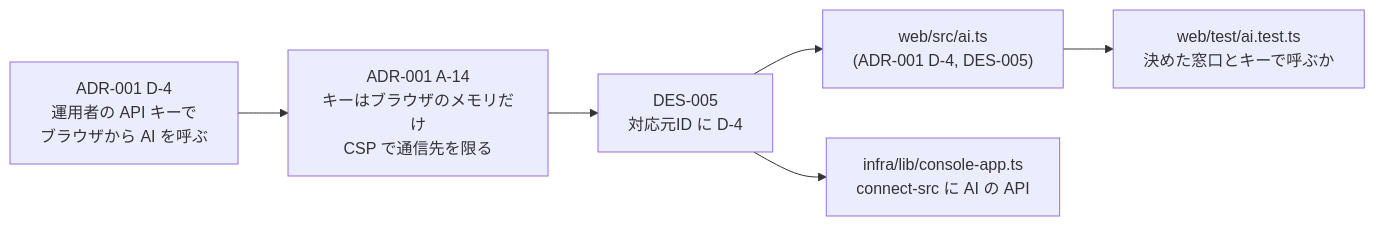
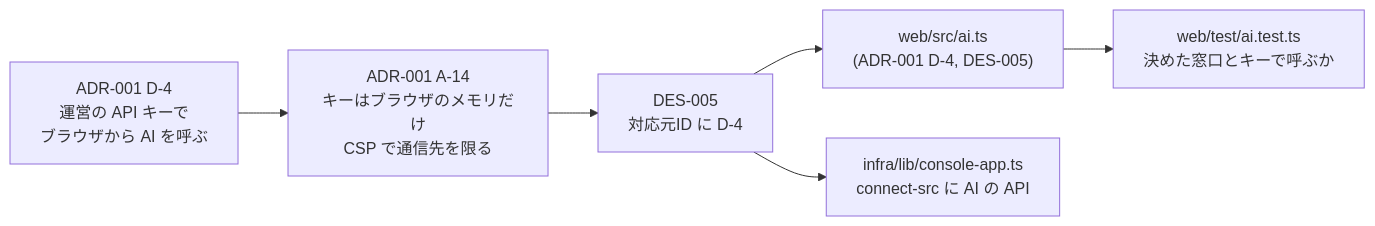
Before and after one commit to duwenji/yorisoi-tutorial: the second of 2 diagrams in 09-console/05-docs.md, drawn with Mermaid. The commit also changed other lines of this file and 62 other files, not shown here.

````diff
--- a/09-console/05-docs.md
+++ b/09-console/05-docs.md
@@ -107,8 +111,8 @@
 ```mermaid
 flowchart LR
-    D4["ADR-001 D-4<br/>運用者の API キーで<br/>ブラウザから AI を呼ぶ"] --> A14["ADR-001 A-14<br/>キーはブラウザのメモリだけ<br/>CSP で通信先を限る"]
+    D4["ADR-001 D-4<br/>運営の API キーで<br/>ブラウザから AI を呼ぶ"] --> A14["ADR-001 A-14<br/>キーはブラウザのメモリだけ<br/>CSP で通信先を限る"]
     A14 --> DES5["DES-005<br/>対応元ID に D-4"]
     DES5 --> AI["web/src/ai.ts<br/>(ADR-001 D-4, DES-005)"]
     DES5 --> CSP["infra/lib/console-app.ts<br/>connect-src に AI の API"]
     AI --> T["web/test/ai.test.ts<br/>決めた窓口とキーで呼ぶか"]
 ```
````
